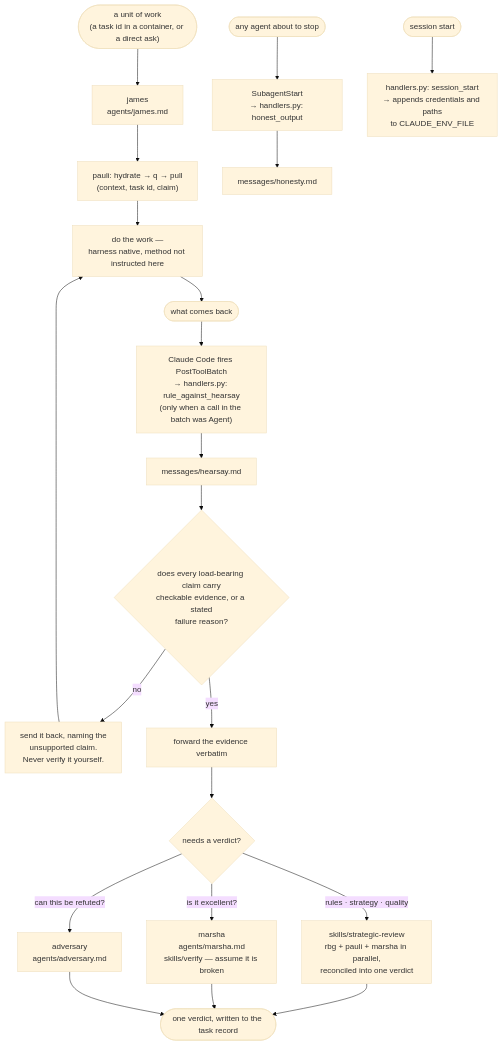
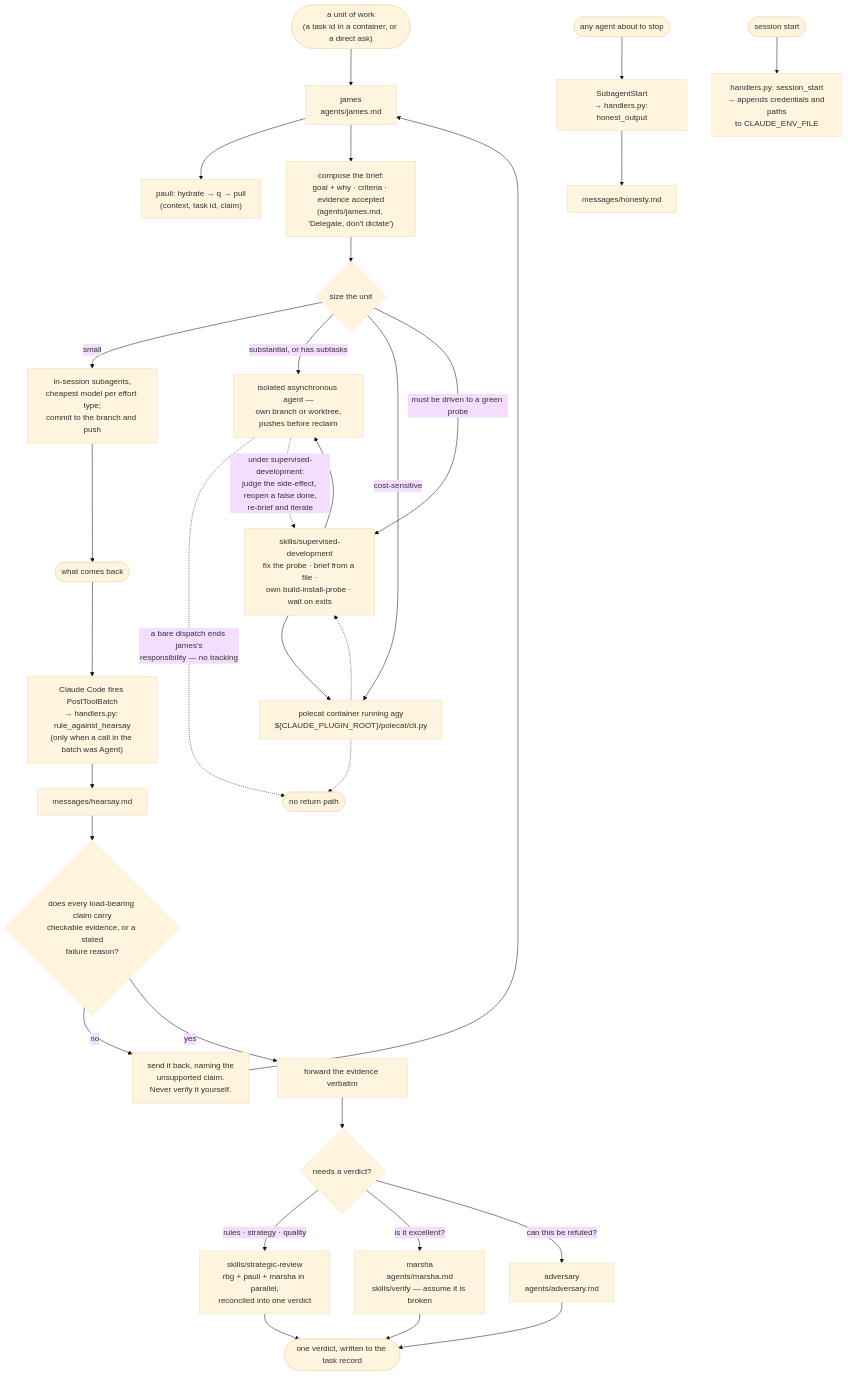
One commit to nicsuzor/academicOps changed the diagram in plugins/orchestrate/README.md. Above: the diagram before and after it, drawn with Mermaid (base theme). The commit also changed other lines of this file and 3 other files, not shown here.

First line of the commit message:
orchestrate: supervised-development, the delegate-and-verify loop

````diff
--- a/plugins/orchestrate/README.md
+++ b/plugins/orchestrate/README.md
@@ -12,26 +12,41 @@
 ```mermaid
 flowchart TD
     IN(["a unit of work<br/>(a task id in a container, or a direct ask)"]) --> J["james<br/>agents/james.md"]
     J --> HY["pauli: hydrate → q → pull<br/>(context, task id, claim)"]
-    HY --> W["do the work —<br/>harness native, method not instructed here"]
-    W --> RET(["what comes back"])
+    J --> B["compose the brief:<br/>goal + why · criteria · evidence accepted<br/>(agents/james.md, 'Delegate, don't dictate')"]
+    B --> S{"size the unit"}
+
+    S -->|small| SUB["in-session subagents,<br/>cheapest model per effort type;<br/>commit to the branch and push"]
+    S -->|"substantial, or has subtasks"| ASY["isolated asynchronous agent —<br/>own branch or worktree,<br/>pushes before reclaim"]
+    S -->|cost-sensitive| POL["polecat container running agy<br/>${CLAUDE_PLUGIN_ROOT}/polecat/cli.py"]
+
+    S -->|"must be driven to a green probe"| SUP["skills/supervised-development<br/>fix the probe · brief from a file ·<br/>own build-install-probe · wait on exits"]
+    SUP --> ASY
+    SUP --> POL
+
+    ASY -.->|"a bare dispatch ends james's<br/>responsibility — no tracking"| X([no return path])
+    POL -.-> X
+    ASY -.->|"under supervised-development:<br/>judge the side-effect, reopen a false done,<br/>re-brief and iterate"| SUP
+    POL -.-> SUP
+
+    SUB --> RET(["what comes back"])
     RET --> H1["Claude Code fires PostToolBatch<br/>→ handlers.py: rule_against_hearsay<br/>(only when a call in the batch was Agent)"]
     H1 --> MSG1["messages/hearsay.md"]
     MSG1 --> D{"does every load-bearing claim carry<br/>checkable evidence, or a stated<br/>failure reason?"}
     D -->|no| BACK["send it back, naming the<br/>unsupported claim.<br/>Never verify it yourself."]
     D -->|yes| FWD["forward the evidence verbatim"]
-    BACK --> W
+    BACK --> J
 
     FWD --> REV{"needs a verdict?"}
     REV -->|"rules · strategy · quality"| SR["skills/strategic-review<br/>rbg + pauli + marsha in parallel,<br/>reconciled into one verdict"]
     REV -->|"is it excellent?"| MAR["marsha<br/>agents/marsha.md<br/>skills/verify — assume it is broken"]
     REV -->|"can this be refuted?"| ADV["adversary<br/>agents/adversary.md"]
     SR --> OUT(["one verdict, written to the task record"])
     MAR --> OUT
     ADV --> OUT
 
     ANY(["any agent about to stop"]) --> H2["SubagentStart<br/>→ handlers.py: honest_output"]
     H2 --> MSG2["messages/honesty.md"]
 
     SS(["session start"]) --> H3["handlers.py: session_start<br/>→ appends credentials and paths<br/>to CLAUDE_ENV_FILE"]
 ```
````
